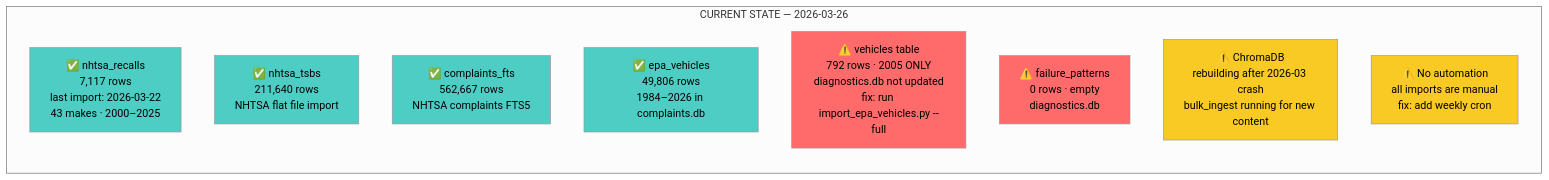
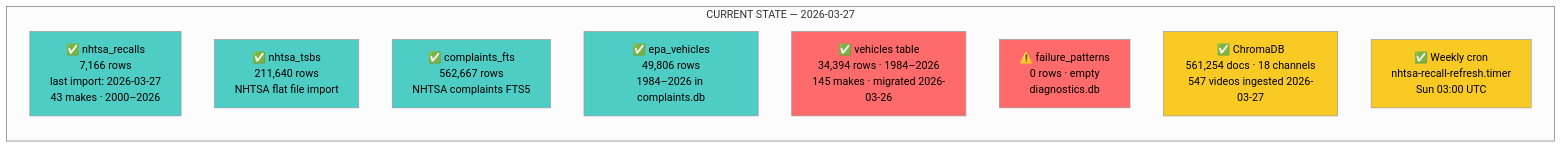
Before and after one commit to MrPoteete/automotive-diagnostic-skills: the fifth of 8 diagrams in .claude/docs/DIAGRAMS.md, drawn with Mermaid (neutral theme). The commit also changed other lines of this file and 2 other files, not shown here.

Commit message:
docs: ground-truth DIAGRAMS.md to 2026-03-27 state
Updated counts:
- nhtsa_recalls: 7,117 → 7,166 (2026 model year added 2026-03-27)
- vehicles table: 792 ⚠️ → 34,394 ✅ (migrated 2026-03-26)
- ChromaDB: ⚠️ rebuilding → ✅ 561,254 docs, 18 channels, 547 videos
- Weekly cron: ⚠️ no automation → ✅ nhtsa-recall-refresh.timer active
- Last import date: 2026-03-22 → 2026-03-27, range 2000-2025 → 2000-2026

Added .harness/ to gitignore (plan files are runtime state, not source)
Committed uv.lock for reproducible installs

````diff
--- a/.claude/docs/DIAGRAMS.md
+++ b/.claude/docs/DIAGRAMS.md
@@ -212,22 +212,22 @@
 ```mermaid
 graph LR
-    subgraph "CURRENT STATE — 2026-03-26"
-        G1["✅ nhtsa_recalls\n7,117 rows\nlast import: 2026-03-22\n43 makes · 2000–2025"]
+    subgraph "CURRENT STATE — 2026-03-27"
+        G1["✅ nhtsa_recalls\n7,166 rows\nlast import: 2026-03-27\n43 makes · 2000–2026"]
         G2["✅ nhtsa_tsbs\n211,640 rows\nNHTSA flat file import"]
         G3["✅ complaints_fts\n562,667 rows\nNHTSA complaints FTS5"]
         G4["✅ epa_vehicles\n49,806 rows\n1984–2026 in complaints.db"]
-        G5["⚠️ vehicles table\n792 rows · 2005 ONLY\ndiagnostics.db not updated\nfix: run import_epa_vehicles.py --full"]
+        G5["✅ vehicles table\n34,394 rows · 1984–2026\n145 makes · migrated 2026-03-26"]
         G6["⚠️ failure_patterns\n0 rows · empty\ndiagnostics.db"]
-        G7["⚠️ ChromaDB\nrebuilding after 2026-03 crash\nbulk_ingest running for new content"]
-        G8["⚠️ No automation\nall imports are manual\nfix: add weekly cron"]
+        G7["✅ ChromaDB\n561,254 docs · 18 channels\n547 videos ingested 2026-03-27"]
+        G8["✅ Weekly cron\nnhtsa-recall-refresh.timer\nSun 03:00 UTC"]
     end
 
     style G1 fill:#4ecdc4
     style G2 fill:#4ecdc4
     style G3 fill:#4ecdc4
     style G4 fill:#4ecdc4
     style G5 fill:#ff6b6b
     style G6 fill:#ff6b6b
     style G7 fill:#f9ca24
     style G8 fill:#f9ca24
 ```
````
